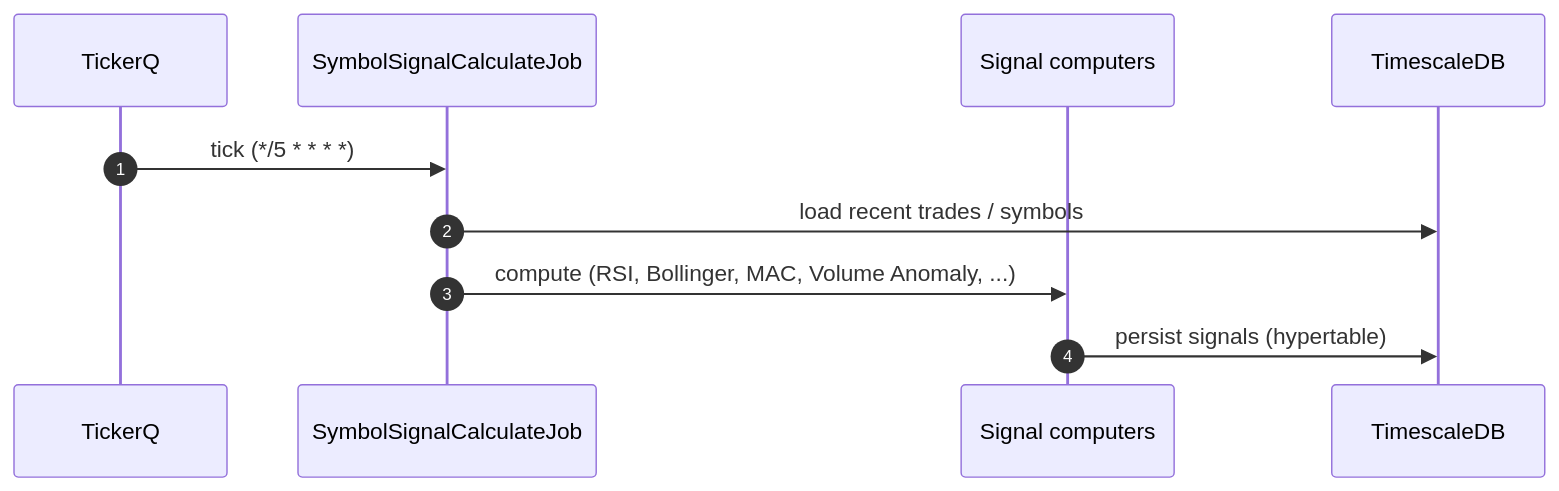
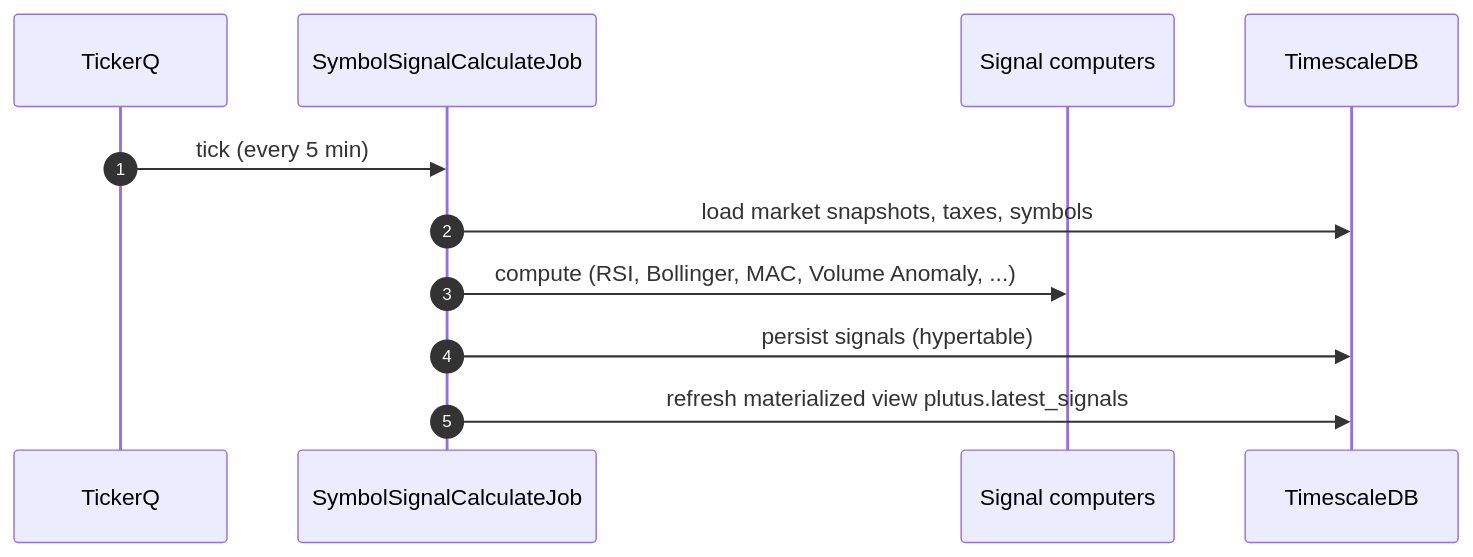
Before and after one commit to davwales/ouranos-pantheon: the third of 6 diagrams in docs/architecture/06-runtime-view.md, drawn with Mermaid. The commit also changed other lines of this file and 20 other files, not shown here.

````diff
--- a/docs/architecture/06-runtime-view.md
+++ b/docs/architecture/06-runtime-view.md
@@ -76,13 +83,14 @@
 ```mermaid
 sequenceDiagram
     autonumber
     participant T as TickerQ
     participant J as SymbolSignalCalculateJob
     participant SC as Signal computers
     participant DB as TimescaleDB
 
-    T ->> J: tick (*/5 * * * *)
-    J ->> DB: load recent trades / symbols
+    T ->> J: tick (every 5 min)
+    J ->> DB: load market snapshots, taxes, symbols
     J ->> SC: compute (RSI, Bollinger, MAC, Volume Anomaly, ...)
-    SC ->> DB: persist signals (hypertable)
+    J ->> DB: persist signals (hypertable)
+    J ->> DB: refresh materialized view plutus.latest_signals
 ```
````
